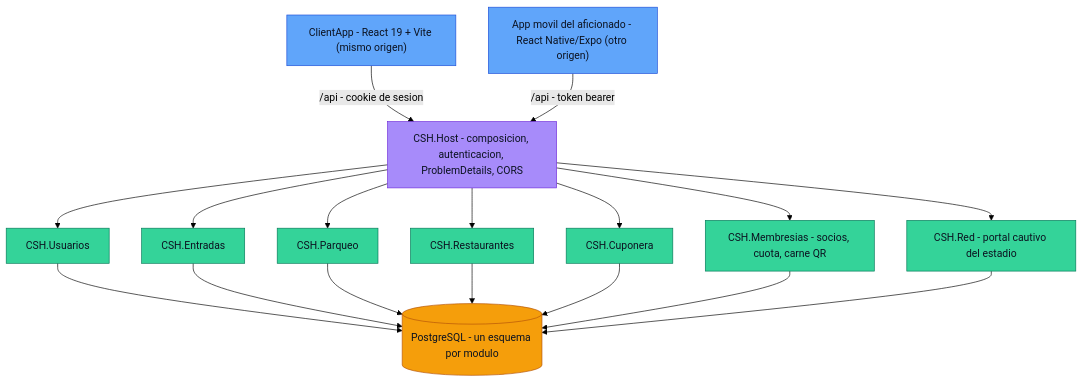
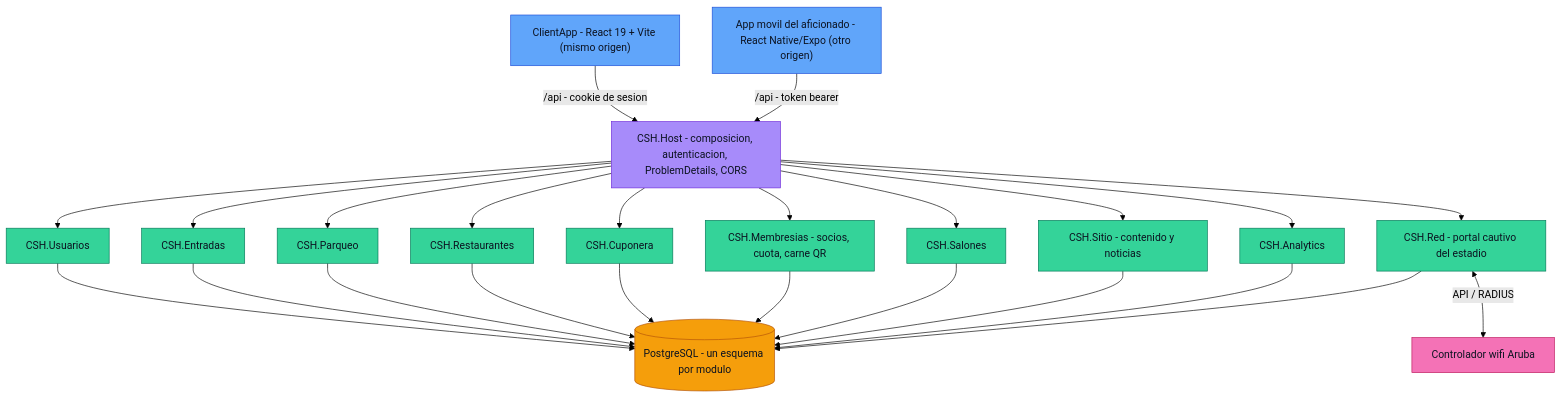
The second of 14 diagrams in docs/diagramas.md (S3-Simple-Software-Solutions/CSH), drawn with Mermaid (forest theme) before and after one commit. The commit also changed other lines of this file, not shown here.

First line of the commit message:
docs(diagramas): completar los modulos del board y el portal cautivo de Aruba

````diff
--- a/docs/diagramas.md
+++ b/docs/diagramas.md
@@ -44,41 +46,55 @@
 ```mermaid
 flowchart TB
     classDef cliente fill:#60a5fa,color:#0b1220,stroke:#1d4ed8
     classDef host fill:#a78bfa,color:#0b1220,stroke:#6d28d9
     classDef modulo fill:#34d399,color:#0b1220,stroke:#047857
     classDef datos fill:#f59e0b,color:#0b1220,stroke:#b45309
+    classDef externo fill:#f472b6,color:#0b1220,stroke:#be185d
 
     SPA["ClientApp - React 19 + Vite (mismo origen)"]:::cliente
     Movil["App movil del aficionado - React Native/Expo (otro origen)"]:::cliente
 
     Host["CSH.Host - composicion, autenticacion, ProblemDetails, CORS"]:::host
 
     Usuarios[CSH.Usuarios]:::modulo
     Entradas[CSH.Entradas]:::modulo
     Parqueo[CSH.Parqueo]:::modulo
     Restaurantes[CSH.Restaurantes]:::modulo
     Cuponera[CSH.Cuponera]:::modulo
     Membresias["CSH.Membresias - socios, cuota, carne QR"]:::modulo
+    Salones[CSH.Salones]:::modulo
+    Sitio["CSH.Sitio - contenido y noticias"]:::modulo
+    Analytics[CSH.Analytics]:::modulo
     Red["CSH.Red - portal cautivo del estadio"]:::modulo
+
+    Aruba["Controlador wifi Aruba"]:::externo
 
     DB[(PostgreSQL - un esquema por modulo)]:::datos
 
     SPA -->|"/api - cookie de sesion"| Host
     Movil -->|"/api - token bearer"| Host
 
     Host --> Usuarios
     Host --> Entradas
     Host --> Parqueo
     Host --> Restaurantes
     Host --> Cuponera
     Host --> Membresias
+    Host --> Salones
+    Host --> Sitio
+    Host --> Analytics
     Host --> Red
 
     Usuarios --> DB
     Entradas --> DB
     Parqueo --> DB
     Restaurantes --> DB
     Cuponera --> DB
     Membresias --> DB
+    Salones --> DB
+    Sitio --> DB
+    Analytics --> DB
     Red --> DB
+
+    Red <-->|"API / RADIUS"| Aruba
 ```
````
